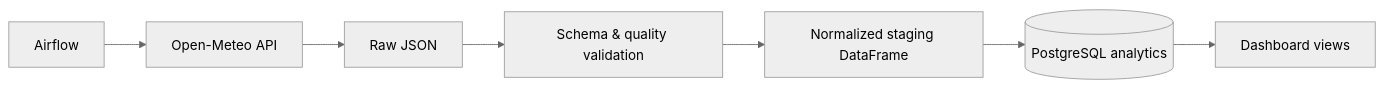
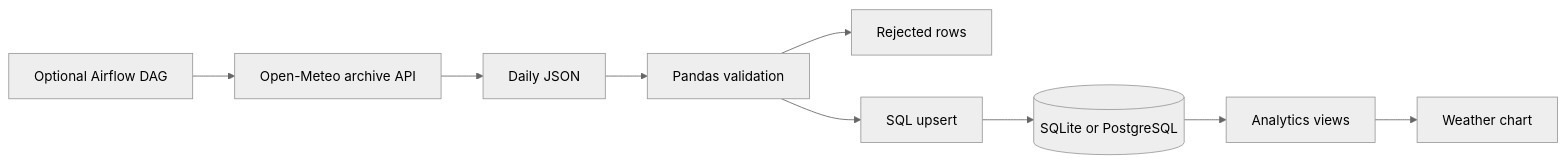
Before and after one commit to faizansahi/smart-data-engineering-pipeline: the diagram in README.md, drawn with Mermaid (neutral theme). The commit also changed other lines of this file and 20 other files, not shown here.

Commit message:
docs: add architecture and verified demo evidence

````diff
--- a/README.md
+++ b/README.md
@@ -5,5 +32,11 @@
 ```mermaid
 flowchart LR
- A[Open-Meteo API] --> R[Raw JSON] --> V[Schema & quality validation] --> S[Normalized staging DataFrame] --> P[(PostgreSQL analytics)] --> Q[Dashboard views]
- Airflow --> A
+  API[Open-Meteo archive API] --> Raw[Daily JSON]
+  Raw --> Validate[Pandas validation]
+  Validate --> Rejected[Rejected rows]
+  Validate --> Load[SQL upsert]
+  Load --> DB[(SQLite or PostgreSQL)]
+  DB --> Views[Analytics views]
+  Views --> Chart[Weather chart]
+  Airflow[Optional Airflow DAG] --> API
 ```
````
